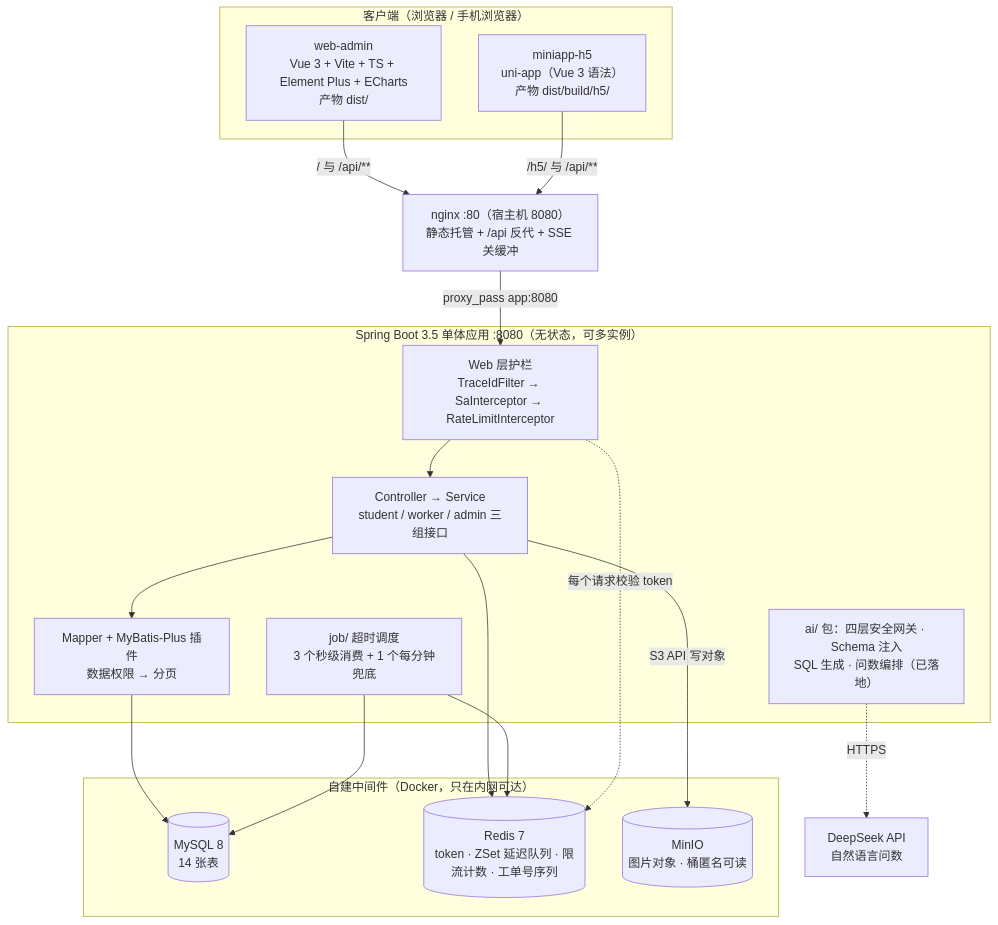
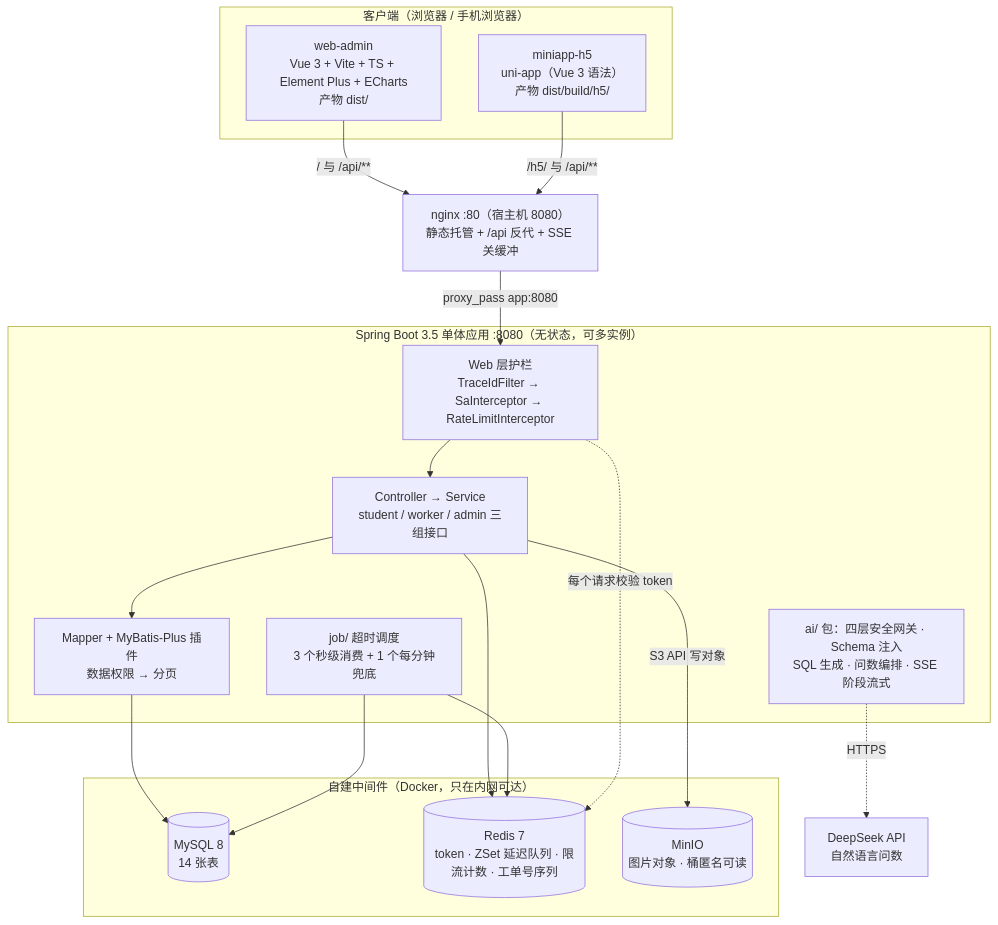
The second of 11 diagrams in docs/06-架构图.md (bluemalic/repair-platform), drawn with Mermaid before and after one commit. The commit also changed other lines of this file and 7 other files, not shown here.

````diff
--- a/docs/06-架构图.md
+++ b/docs/06-架构图.md
@@ -76,38 +76,38 @@
 ```mermaid
 flowchart TB
     subgraph client["客户端（浏览器 / 手机浏览器）"]
         adminApp["web-admin<br/>Vue 3 + Vite + TS + Element Plus + ECharts<br/>产物 dist/"]
         h5App["miniapp-h5<br/>uni-app（Vue 3 语法）<br/>产物 dist/build/h5/"]
     end
 
     nginx["nginx :80（宿主机 8080）<br/>静态托管 + /api 反代 + SSE 关缓冲"]
 
     subgraph boot["Spring Boot 3.5 单体应用 :8080（无状态，可多实例）"]
         guard["Web 层护栏<br/>TraceIdFilter → SaInterceptor → RateLimitInterceptor"]
         biz["Controller → Service<br/>student / worker / admin 三组接口"]
         orm["Mapper + MyBatis-Plus 插件<br/>数据权限 → 分页"]
         sched["job/ 超时调度<br/>3 个秒级消费 + 1 个每分钟兜底"]
-        aiPkg["ai/ 包：四层安全网关 · Schema 注入<br/>SQL 生成 · 问数编排（已落地）"]
+        aiPkg["ai/ 包：四层安全网关 · Schema 注入<br/>SQL 生成 · 问数编排 · SSE 阶段流式"]
     end
 
     subgraph infra["自建中间件（Docker，只在内网可达）"]
         mysql[("MySQL 8<br/>14 张表")]
         redis[("Redis 7<br/>token · ZSet 延迟队列 · 限流计数 · 工单号序列")]
         minio[("MinIO<br/>图片对象 · 桶匿名可读")]
     end
 
     deepseek["DeepSeek API<br/>自然语言问数"]
 
     adminApp -->|"/ 与 /api/**"| nginx
     h5App -->|"/h5/ 与 /api/**"| nginx
     nginx -->|"proxy_pass app:8080"| guard
     guard --> biz
     biz --> orm
     orm --> mysql
     biz --> redis
     biz -->|"S3 API 写对象"| minio
     sched --> redis
     sched --> mysql
     guard -.->|"每个请求校验 token"| redis
     aiPkg -.->|"HTTPS"| deepseek
 ```
````
